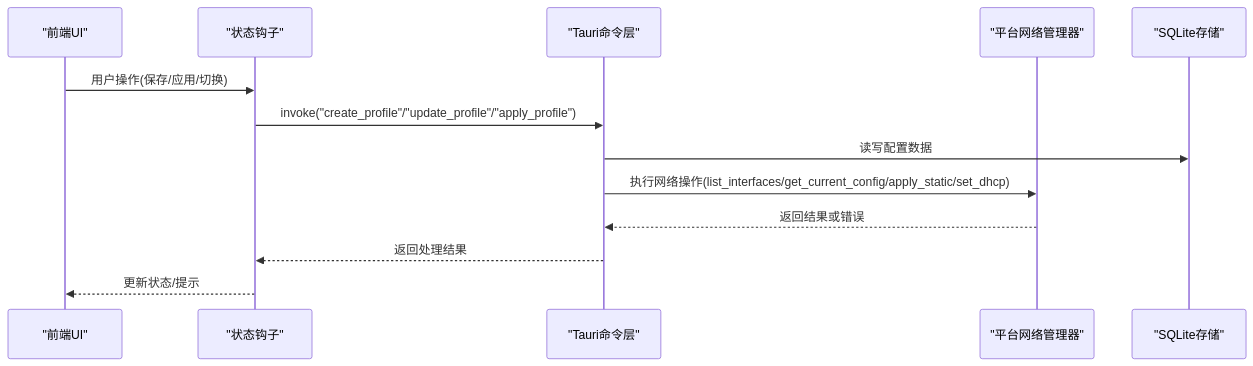
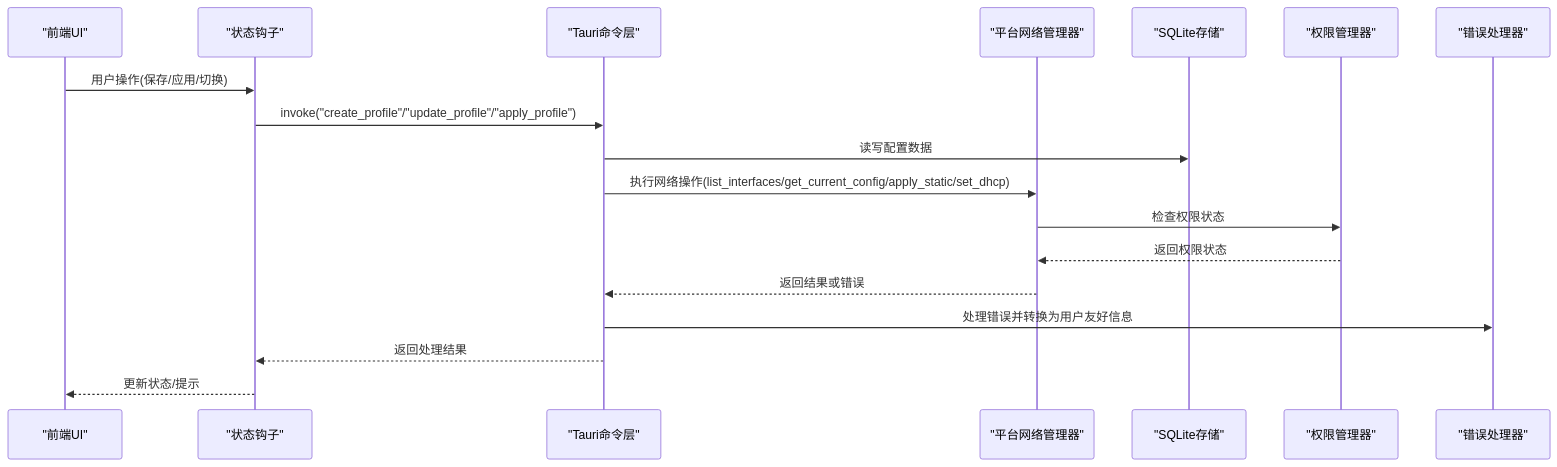
One commit to xdongliang/IPSwitcher changed the second of 11 diagrams in .qoder/repowiki/zh/content/网络配置功能/网络配置功能.md. Above: the diagram before and after it, drawn with Mermaid. The commit also changed other lines of this file and 22 other files, not shown here.

````diff
--- a/.qoder/repowiki/zh/content/网络配置功能/网络配置功能.md
+++ b/.qoder/repowiki/zh/content/网络配置功能/网络配置功能.md
@@ -107,15 +137,20 @@
 ```mermaid
 sequenceDiagram
 participant UI as "前端UI"
 participant Hooks as "状态钩子"
 participant Tauri as "Tauri命令层"
 participant Platform as "平台网络管理器"
 participant Storage as "SQLite存储"
+participant Admin as "权限管理器"
+participant Error as "错误处理器"
 UI->>Hooks : 用户操作(保存/应用/切换)
 Hooks->>Tauri : invoke("create_profile"/"update_profile"/"apply_profile")
 Tauri->>Storage : 读写配置数据
 Tauri->>Platform : 执行网络操作(list_interfaces/get_current_config/apply_static/set_dhcp)
+Platform->>Admin : 检查权限状态
+Admin-->>Platform : 返回权限状态
 Platform-->>Tauri : 返回结果或错误
+Tauri->>Error : 处理错误并转换为用户友好信息
 Tauri-->>Hooks : 返回处理结果
 Hooks-->>UI : 更新状态/提示
 ```
````
